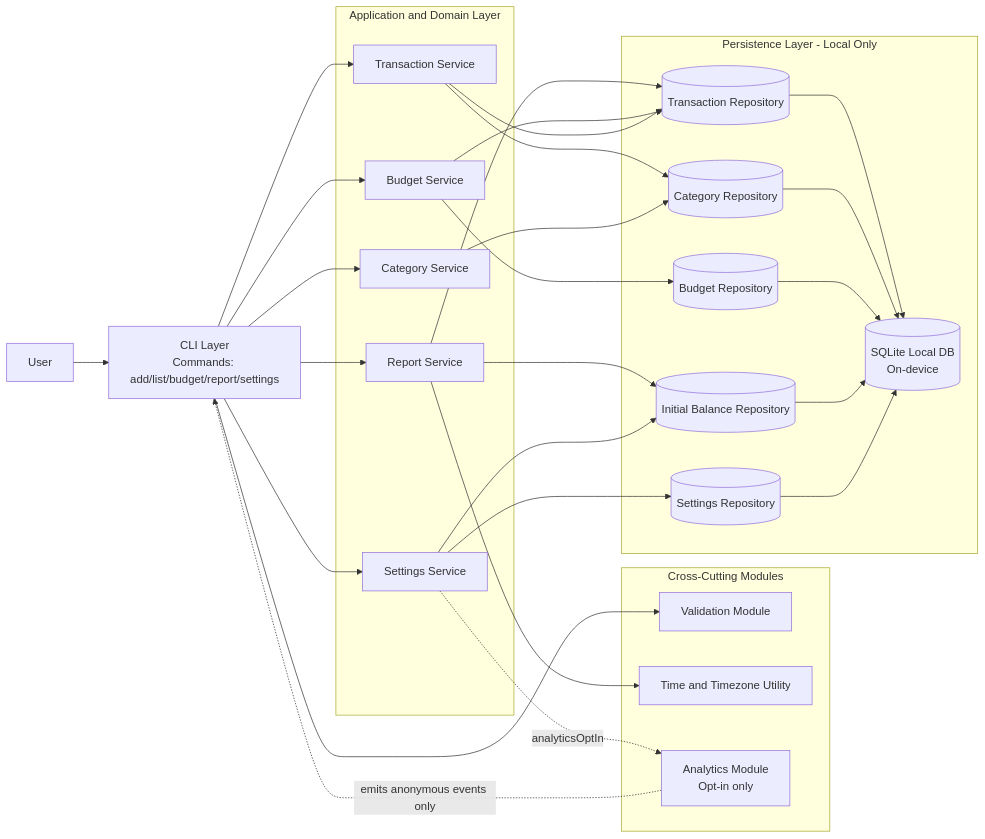
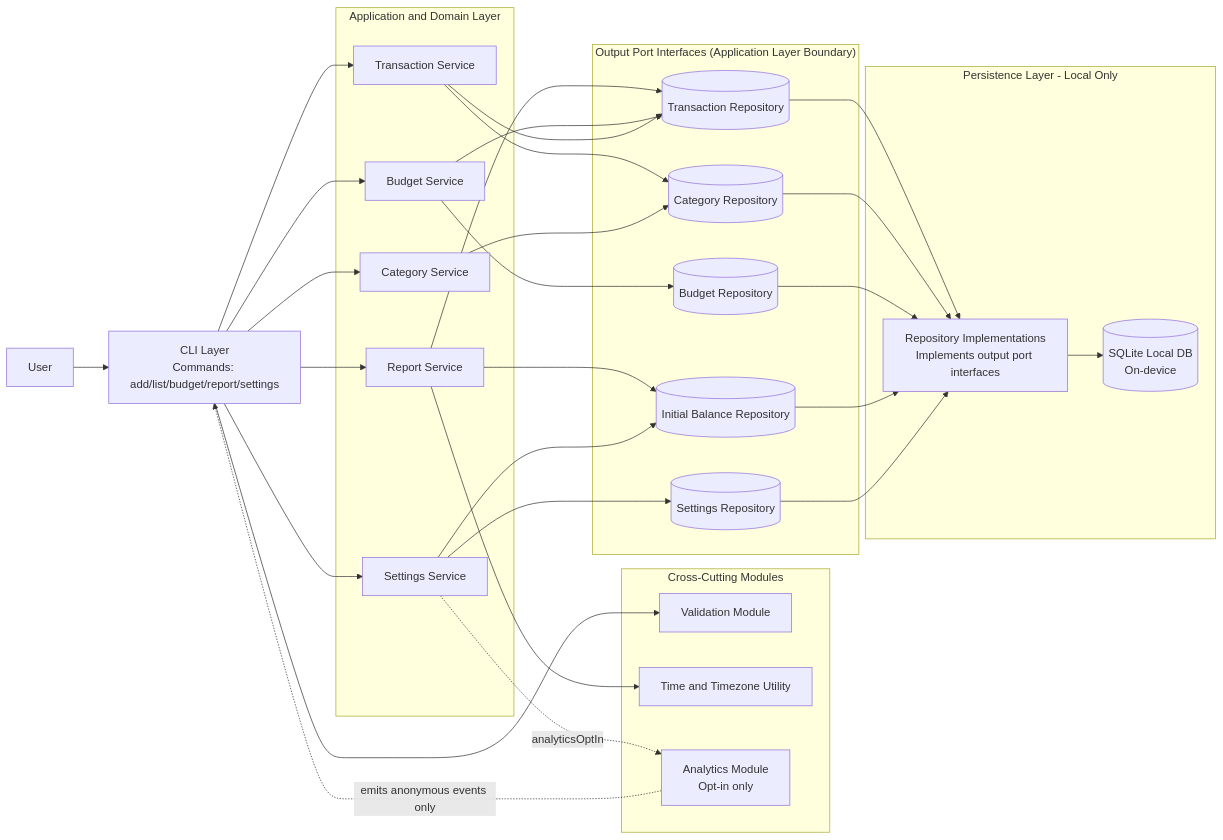
One commit to handiism/infinita changed the diagram in docs/diagrams/trd/001-trd-system-architecture.mmd. Above: the diagram before and after it, drawn with Mermaid. The commit also changed 3 other files, not shown here.

```diff
--- a/docs/diagrams/trd/001-trd-system-architecture.mmd
+++ b/docs/diagrams/trd/001-trd-system-architecture.mmd
@@ -1,52 +1,59 @@
 flowchart LR
     U[User] --> CLI[CLI Layer\nCommands: add/list/budget/report/settings]
 
     subgraph APP["Application and Domain Layer"]
       TX[Transaction Service]
       CAT[Category Service]
       BUD[Budget Service]
       REP[Report Service]
       SET[Settings Service]
     end
 
     subgraph CROSS["Cross-Cutting Modules"]
       VAL[Validation Module]
       TIME[Time and Timezone Utility]
       ANA[Analytics Module\nOpt-in only]
     end
 
-    subgraph PERSIST["Persistence Layer - Local Only"]
+    %% PORTS sits at the boundary between Application/Domain and Infrastructure.
+    %% Application services depend on these interfaces; Infrastructure implements them.
+    subgraph PORTS["Output Port Interfaces (Application Layer Boundary)"]
       TREPO[(Transaction Repository)]
       CREPO[(Category Repository)]
       BREPO[(Budget Repository)]
       IREPO[(Initial Balance Repository)]
       SREPO[(Settings Repository)]
+    end
+
+    subgraph PERSIST["Persistence Layer - Local Only"]
+      REPO[Repository Implementations\nImplements output port interfaces]
       STORE[(SQLite Local DB\nOn-device)]
     end
 
     CLI --> VAL
     CLI --> TX
     CLI --> CAT
     CLI --> BUD
     CLI --> REP
     CLI --> SET
 
     REP --> TIME
     REP --> TREPO
     REP --> IREPO
     BUD --> TREPO
     BUD --> BREPO
     TX --> TREPO
     TX --> CREPO
     CAT --> CREPO
     SET --> SREPO
     SET --> IREPO
 
-    TREPO --> STORE
-    CREPO --> STORE
-    BREPO --> STORE
-    IREPO --> STORE
-    SREPO --> STORE
+    TREPO --> REPO
+    CREPO --> REPO
+    BREPO --> REPO
+    IREPO --> REPO
+    SREPO --> REPO
+    REPO --> STORE
 
     SET -. analyticsOptIn .-> ANA
     ANA -. emits anonymous events only .-> CLI
```
